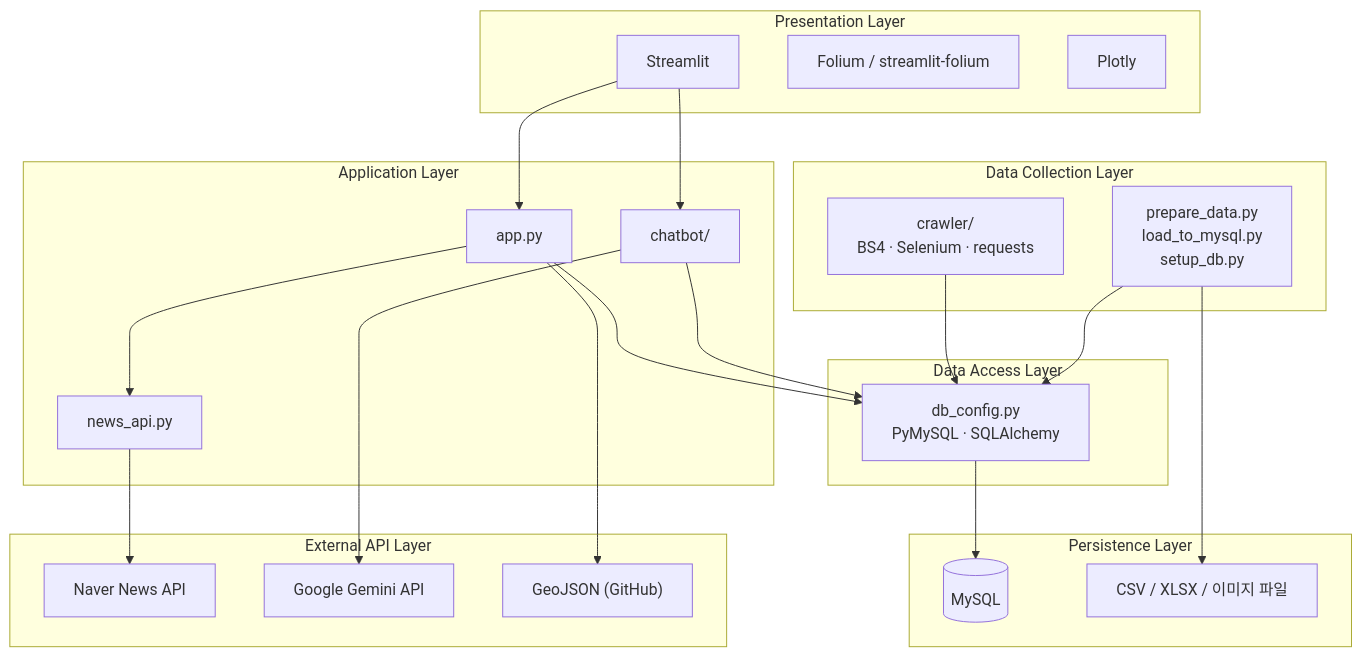
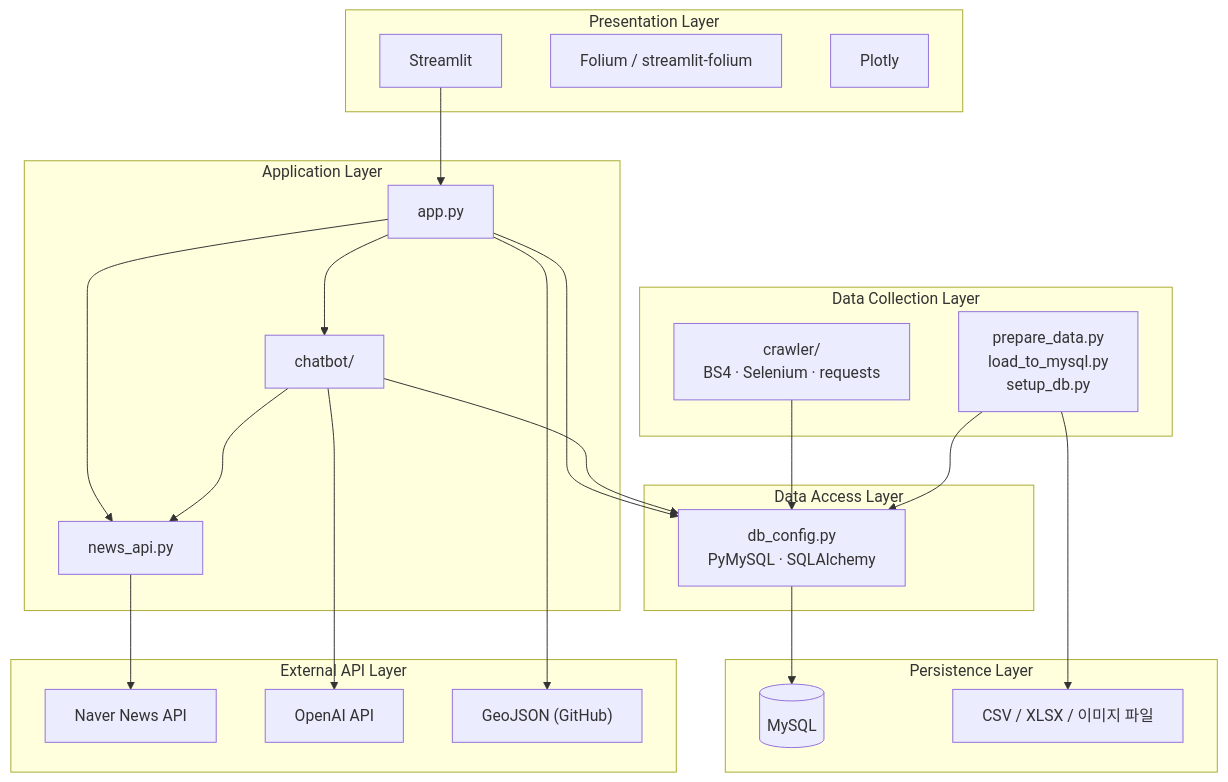
One commit to SKNETWORKS-FAMILY-AICAMP/SKN34-1st-3Team changed the fourth of 6 diagrams in docs/아키텍처_기능흐름도.md. Above: the diagram before and after it, drawn with Mermaid. The commit also changed other lines of this file and 14 other files, not shown here.

````diff
--- a/docs/아키텍처_기능흐름도.md
+++ b/docs/아키텍처_기능흐름도.md
@@ -184,43 +155,44 @@
 ```mermaid
 flowchart TB
     subgraph Presentation["Presentation Layer"]
         ST["Streamlit"]
         Folium["Folium / streamlit-folium"]
         Plotly["Plotly"]
     end
 
     subgraph Application["Application Layer"]
         APP["app.py"]
-        CB["chatbot/"]
+        CHAT["chatbot/"]
         NEWS["news_api.py"]
     end
 
     subgraph DataAccess["Data Access Layer"]
         DBC["db_config.py<br/>PyMySQL · SQLAlchemy"]
     end
 
     subgraph DataCollection["Data Collection Layer"]
         CRAWL["crawler/<br/>BS4 · Selenium · requests"]
         ETL["prepare_data.py<br/>load_to_mysql.py<br/>setup_db.py"]
     end
 
     subgraph Persistence["Persistence Layer"]
         MYSQL[("MySQL")]
         FILES["CSV / XLSX / 이미지 파일"]
     end
 
     subgraph ExternalAPI["External API Layer"]
         NAVER["Naver News API"]
-        GEMINI["Google Gemini API"]
+        OAI["OpenAI API"]
         GEO["GeoJSON (GitHub)"]
     end
 
-    ST --> APP & CB
-    APP --> DBC & NEWS
-    CB --> DBC & GEMINI
+    ST --> APP
+    APP --> DBC & NEWS & CHAT
+    CHAT --> DBC & NEWS
     NEWS --> NAVER
+    CHAT --> OAI
     APP --> GEO
     CRAWL & ETL --> DBC
     DBC --> MYSQL
     ETL --> FILES
 ```
````
